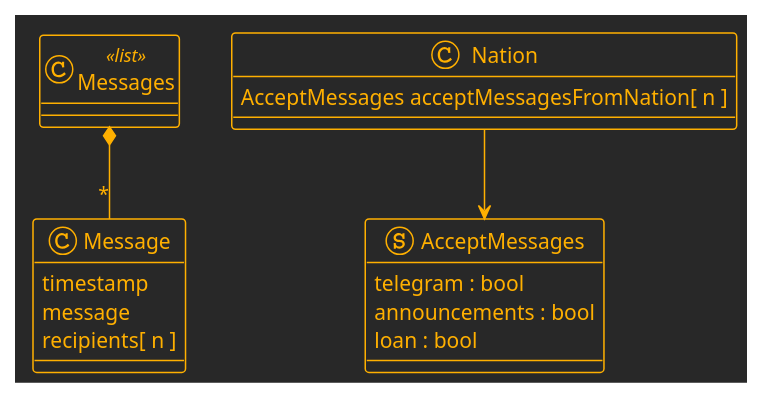
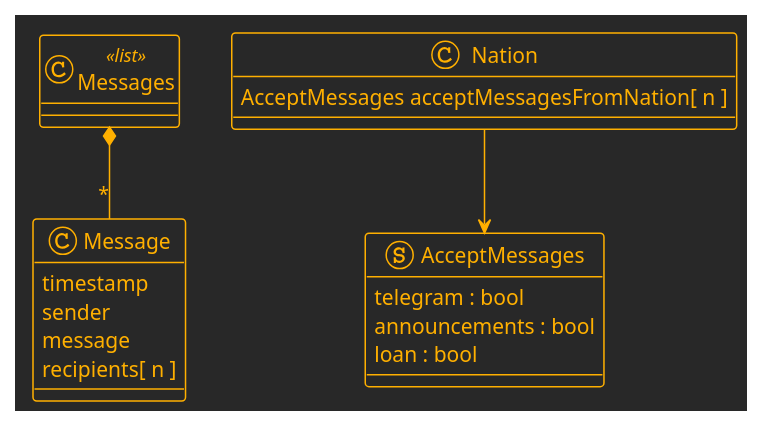
Before and after one commit to marknelsonengineer/empire: the tenth of 13 diagrams in API_DESIGN.md, drawn with PlantUML. The commit also changed other lines of this file and 3 other files, not shown here.

```diff
--- a/API_DESIGN.md
+++ b/API_DESIGN.md
@@ -573,27 +623,28 @@
 @startuml
 !theme crt-amber
 
 class Messages <<list>>
 
 class Message {
-timestamp
-message
-recipients[ n ]
+  timestamp
+  sender
+  message
+  recipients[ n ]
 }
 
 Messages *-- "*" Message
 
 
 class Nation {
   AcceptMessages acceptMessagesFromNation[ n ]
 }
 
 struct AcceptMessages {
   telegram : bool
   announcements : bool
   loan : bool
 }
 
 Nation --> AcceptMessages
 
 @enduml
```
